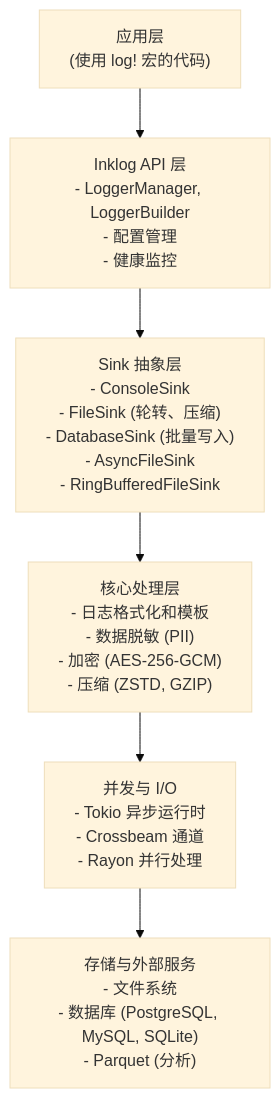
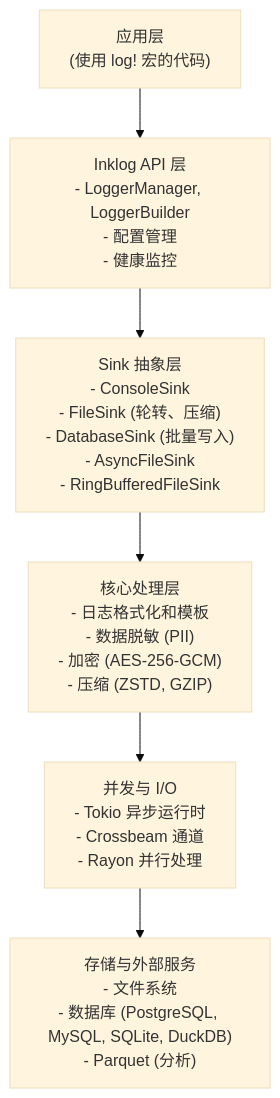
Before and after one commit to Kirky-X/inklog: the diagram in README.md, drawn with Mermaid (base theme). The commit also changed other lines of this file and 34 other files, not shown here.

````diff
--- a/README.md
+++ b/README.md
@@ -645,11 +645,11 @@
 ```mermaid
 flowchart TD
     App["应用层<br/>(使用 log! 宏的代码)"]
     API["Inklog API 层<br/>- LoggerManager, LoggerBuilder<br/>- 配置管理<br/>- 健康监控"]
     Sink["Sink 抽象层<br/>- ConsoleSink<br/>- FileSink (轮转、压缩)<br/>- DatabaseSink (批量写入)<br/>- AsyncFileSink<br/>- RingBufferedFileSink"]
     Core["核心处理层<br/>- 日志格式化和模板<br/>- 数据脱敏 (PII)<br/>- 加密 (AES-256-GCM)<br/>- 压缩 (ZSTD, GZIP)"]
     IO["并发与 I/O<br/>- Tokio 异步运行时<br/>- Crossbeam 通道<br/>- Rayon 并行处理"]
-    Store["存储与外部服务<br/>- 文件系统<br/>- 数据库 (PostgreSQL, MySQL, SQLite)<br/>- Parquet (分析)"]
+    Store["存储与外部服务<br/>- 文件系统<br/>- 数据库 (PostgreSQL, MySQL, SQLite, DuckDB)<br/>- Parquet (分析)"]
 
     App --> API --> Sink --> Core --> IO --> Store
 ```
````
